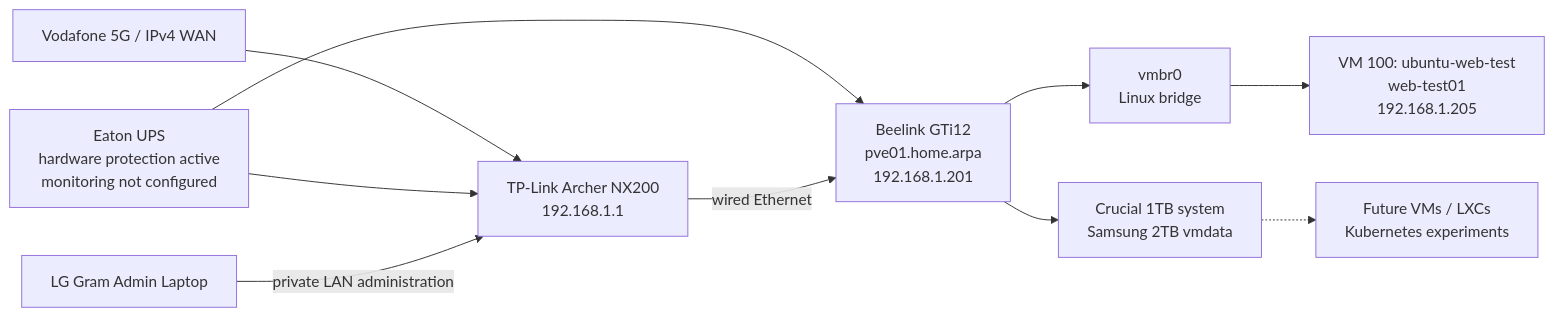
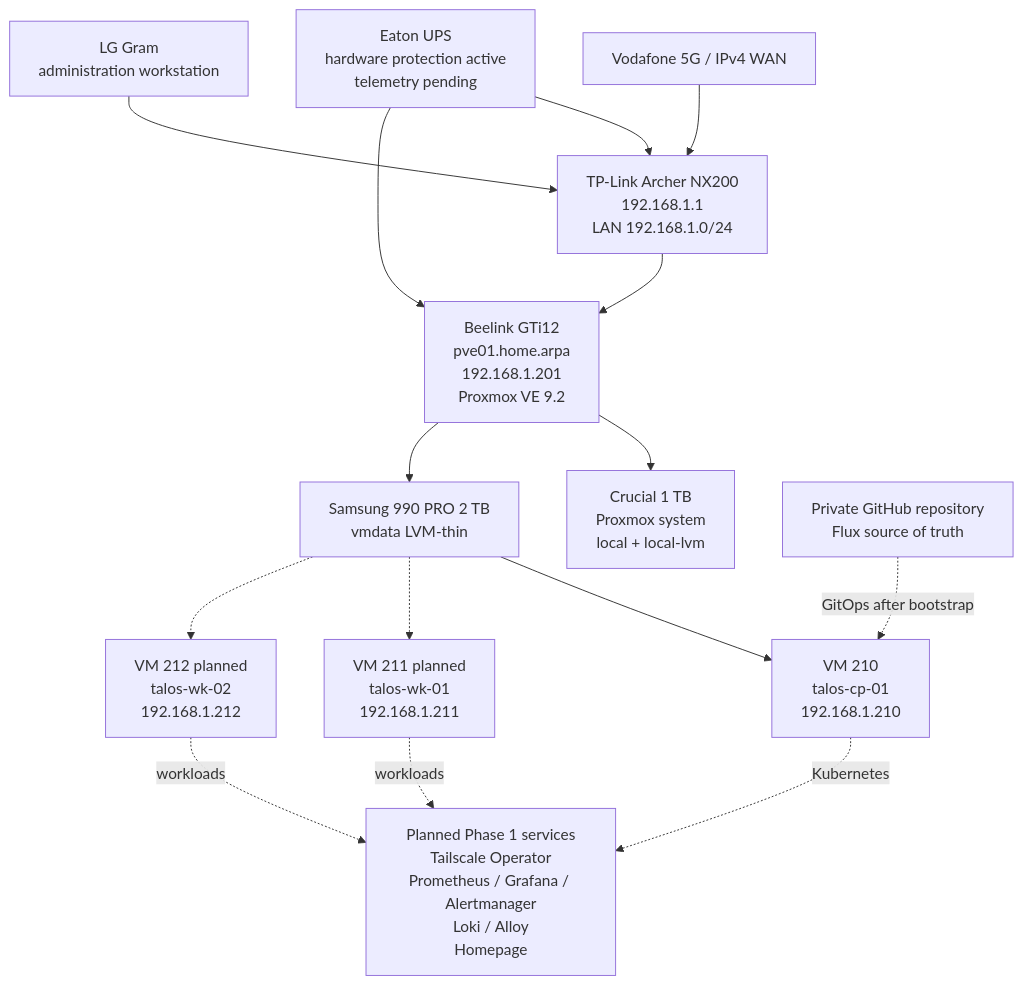
Before and after one commit to dgsuma/dgs-private-cloud: the diagram in README.md, drawn with Mermaid. The commit also changed other lines of this file and 23 other files, not shown here.

Commit message:
docs: reconcile Talos phase 1 platform state

````diff
--- a/README.md
+++ b/README.md
@@ -47,22 +38,30 @@
 ```mermaid
-flowchart LR
+flowchart TB
     Internet["Vodafone 5G / IPv4 WAN"]
-    UPS["Eaton UPS<br/>hardware protection active<br/>monitoring not configured"]
-    Router["TP-Link Archer NX200<br/>192.168.1.1"]
-    Admin["LG Gram Admin Laptop"]
-    PVE1["Beelink GTi12<br/>pve01.home.arpa<br/>192.168.1.201"]
-    Bridge["vmbr0<br/>Linux bridge"]
-    VM100["VM 100: ubuntu-web-test<br/>web-test01<br/>192.168.1.205"]
-    PVE1Disk["Crucial 1TB system<br/>Samsung 2TB vmdata"]
-    Future["Future VMs / LXCs<br/>Kubernetes experiments"]
+    UPS["Eaton UPS<br/>hardware protection active<br/>telemetry pending"]
+    Router["TP-Link Archer NX200<br/>192.168.1.1<br/>LAN 192.168.1.0/24"]
+    Admin["LG Gram<br/>administration workstation"]
+    PVE["Beelink GTi12<br/>pve01.home.arpa<br/>192.168.1.201<br/>Proxmox VE 9.2"]
+    OS["Crucial 1 TB<br/>Proxmox system<br/>local + local-lvm"]
+    DATA["Samsung 990 PRO 2 TB<br/>vmdata LVM-thin"]
+    CP["VM 210<br/>talos-cp-01<br/>192.168.1.210"]
+    W1["VM 211 planned<br/>talos-wk-01<br/>192.168.1.211"]
+    W2["VM 212 planned<br/>talos-wk-02<br/>192.168.1.212"]
+    Git["Private GitHub repository<br/>Flux source of truth"]
+    Services["Planned Phase 1 services<br/>Tailscale Operator<br/>Prometheus / Grafana / Alertmanager<br/>Loki / Alloy<br/>Homepage"]
 
     Internet --> Router
     UPS --> Router
-    UPS --> PVE1
-    Admin -->|private LAN administration| Router
-    Router -->|wired Ethernet| PVE1
-    PVE1 --> Bridge
-    Bridge --> VM100
-    PVE1 --> PVE1Disk
-    PVE1Disk -.-> Future
+    UPS --> PVE
+    Admin --> Router
+    Router --> PVE
+    PVE --> OS
+    PVE --> DATA
+    DATA --> CP
+    DATA -.-> W1
+    DATA -.-> W2
+    Git -. GitOps after bootstrap .-> CP
+    CP -. Kubernetes .-> Services
+    W1 -. workloads .-> Services
+    W2 -. workloads .-> Services
 ```
````
